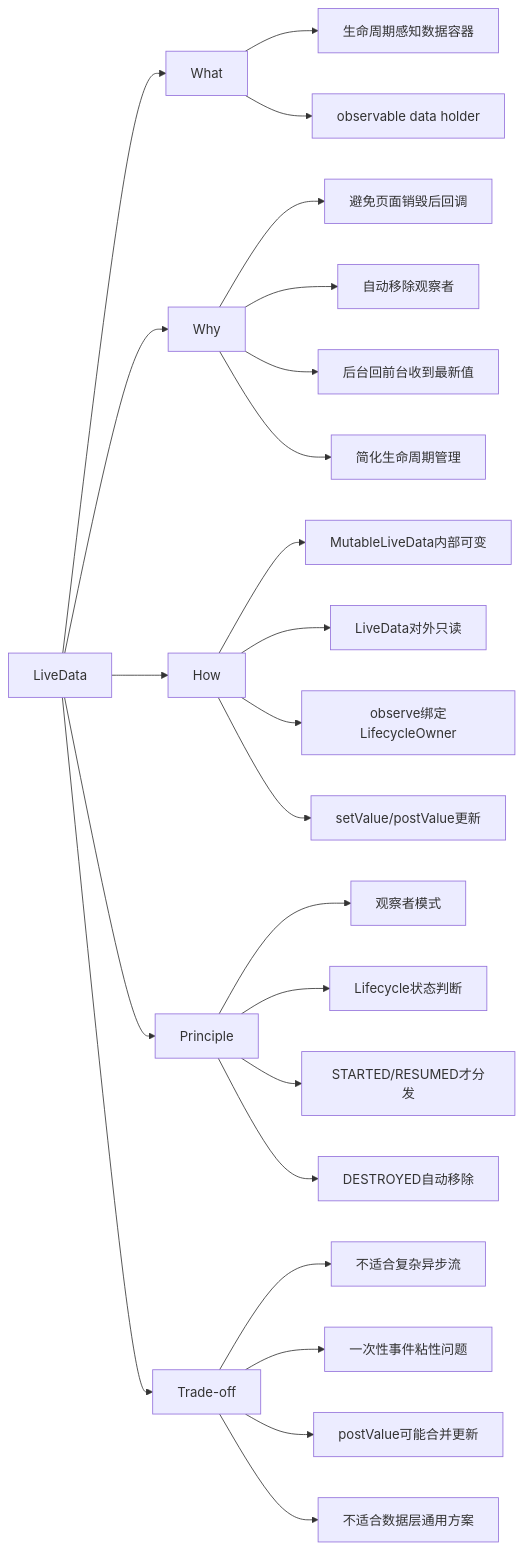
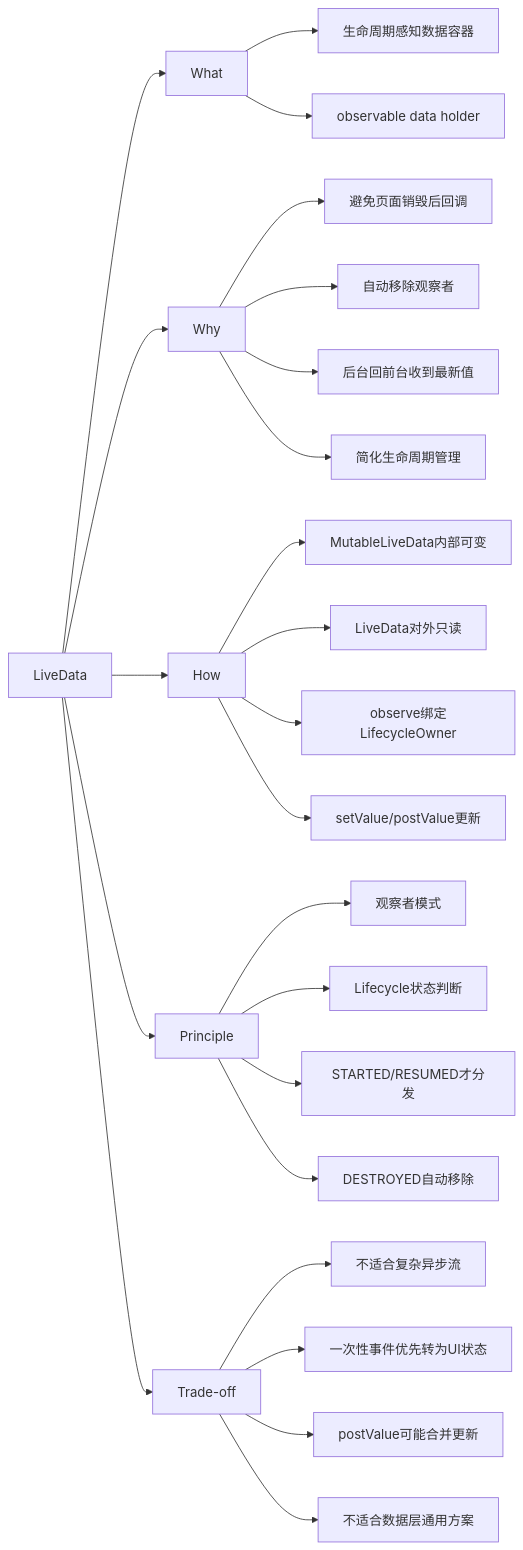
Before and after one commit to androidmalin/androidmalin.github.io: the diagram in _posts/2026-04-29-android-livedata-interview-analysis.md, drawn with Mermaid. The commit also changed other lines of this file and 2 other files, not shown here.

````diff
--- a/_posts/2026-04-29-android-livedata-interview-analysis.md
+++ b/_posts/2026-04-29-android-livedata-interview-analysis.md
@@ -373,31 +385,31 @@
 ```mermaid
 flowchart LR
     A[LiveData] --> B[What]
     A --> C[Why]
     A --> D[How]
     A --> E[Principle]
     A --> F[Trade-off]
 
     B --> B1[生命周期感知数据容器]
     B --> B2[observable data holder]
 
     C --> C1[避免页面销毁后回调]
     C --> C2[自动移除观察者]
     C --> C3[后台回前台收到最新值]
     C --> C4[简化生命周期管理]
 
     D --> D1[MutableLiveData内部可变]
     D --> D2[LiveData对外只读]
     D --> D3[observe绑定LifecycleOwner]
     D --> D4[setValue/postValue更新]
 
     E --> E1[观察者模式]
     E --> E2[Lifecycle状态判断]
     E --> E3[STARTED/RESUMED才分发]
     E --> E4[DESTROYED自动移除]
 
     F --> F1[不适合复杂异步流]
-    F --> F2[一次性事件粘性问题]
+    F --> F2[一次性事件优先转为UI状态]
     F --> F3[postValue可能合并更新]
     F --> F4[不适合数据层通用方案]
 ```
````
